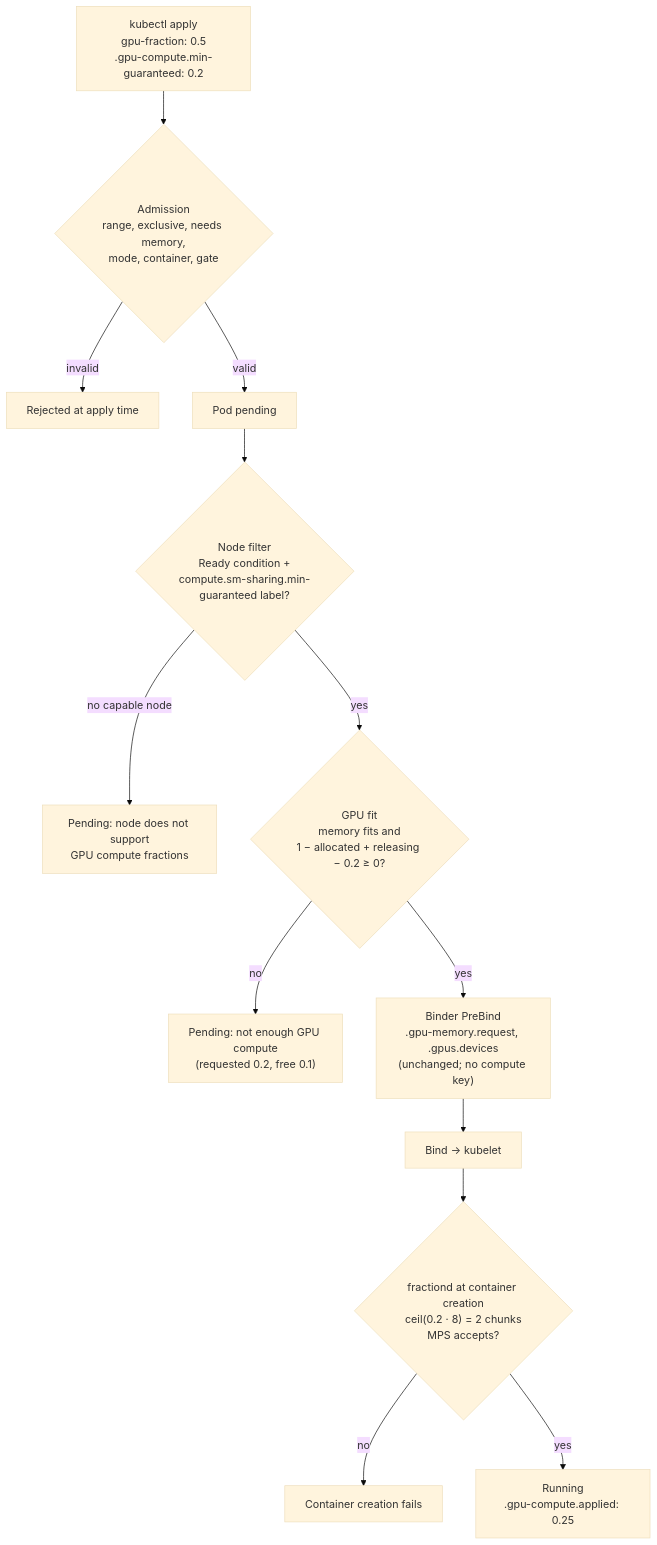
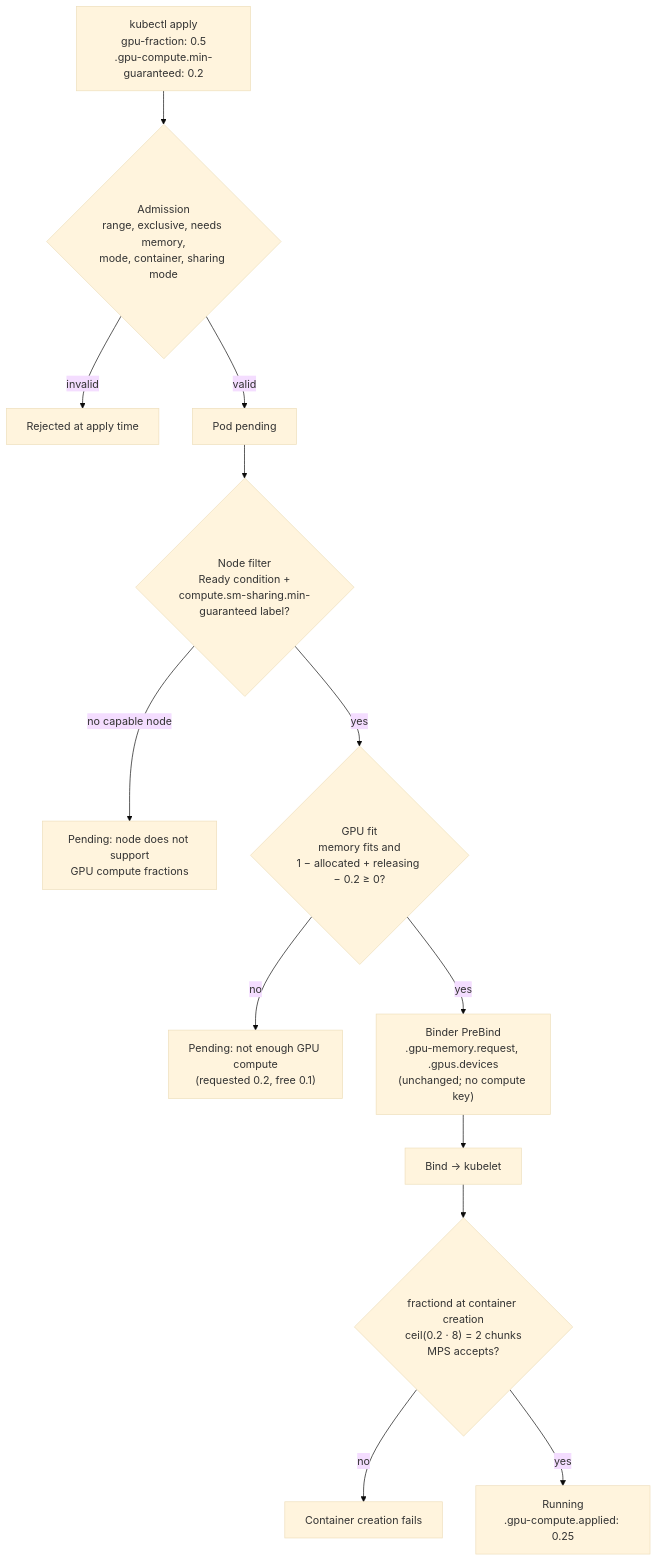
Before and after one commit to kai-scheduler/KAI-Scheduler: the second of 2 diagrams in docs/developer/designs/gpu-compute-fractions/README.md, drawn with Mermaid (base theme). The commit also changed other lines of this file, not shown here.

First line of the commit message:
docs(docs): node support tiers, gating and reclaim in compute fractions HLD

````diff
--- a/docs/developer/designs/gpu-compute-fractions/README.md
+++ b/docs/developer/designs/gpu-compute-fractions/README.md
@@ -258,15 +295,15 @@
 ```mermaid
 flowchart TD
-  U["kubectl apply<br/>gpu-fraction: 0.5<br/>.gpu-compute.min-guaranteed: 0.2"] --> A{"Admission<br/>range, exclusive, needs memory,<br/>mode, container, gate"}
+  U["kubectl apply<br/>gpu-fraction: 0.5<br/>.gpu-compute.min-guaranteed: 0.2"] --> A{"Admission<br/>range, exclusive, needs memory,<br/>mode, container, sharing mode"}
   A -- invalid --> X["Rejected at apply time"]
   A -- valid --> P["Pod pending"]
   P --> F{"Node filter<br/>Ready condition +<br/>compute.sm-sharing.min-guaranteed label?"}
   F -- "no capable node" --> W1["Pending: node does not support<br/>GPU compute fractions"]
   F -- yes --> L{"GPU fit<br/>memory fits and<br/>1 − allocated + releasing − 0.2 ≥ 0?"}
   L -- no --> W2["Pending: not enough GPU compute<br/>(requested 0.2, free 0.1)"]
   L -- yes --> B["Binder PreBind<br/>.gpu-memory.request, .gpus.devices<br/>(unchanged; no compute key)"]
   B --> K["Bind → kubelet"]
   K --> G{"fractiond at container creation<br/>ceil(0.2 · 8) = 2 chunks<br/>MPS accepts?"}
   G -- no --> E["Container creation fails"]
   G -- yes --> OK["Running<br/>.gpu-compute.applied: 0.25"]
 ```
````
